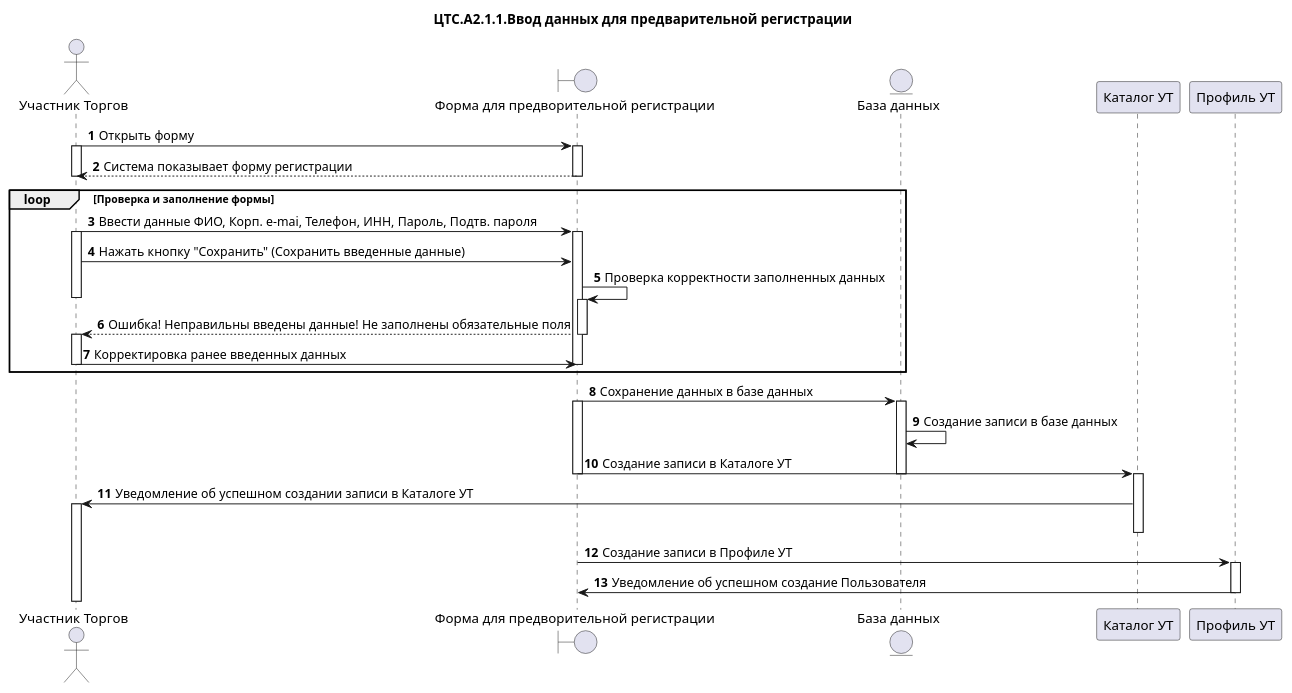
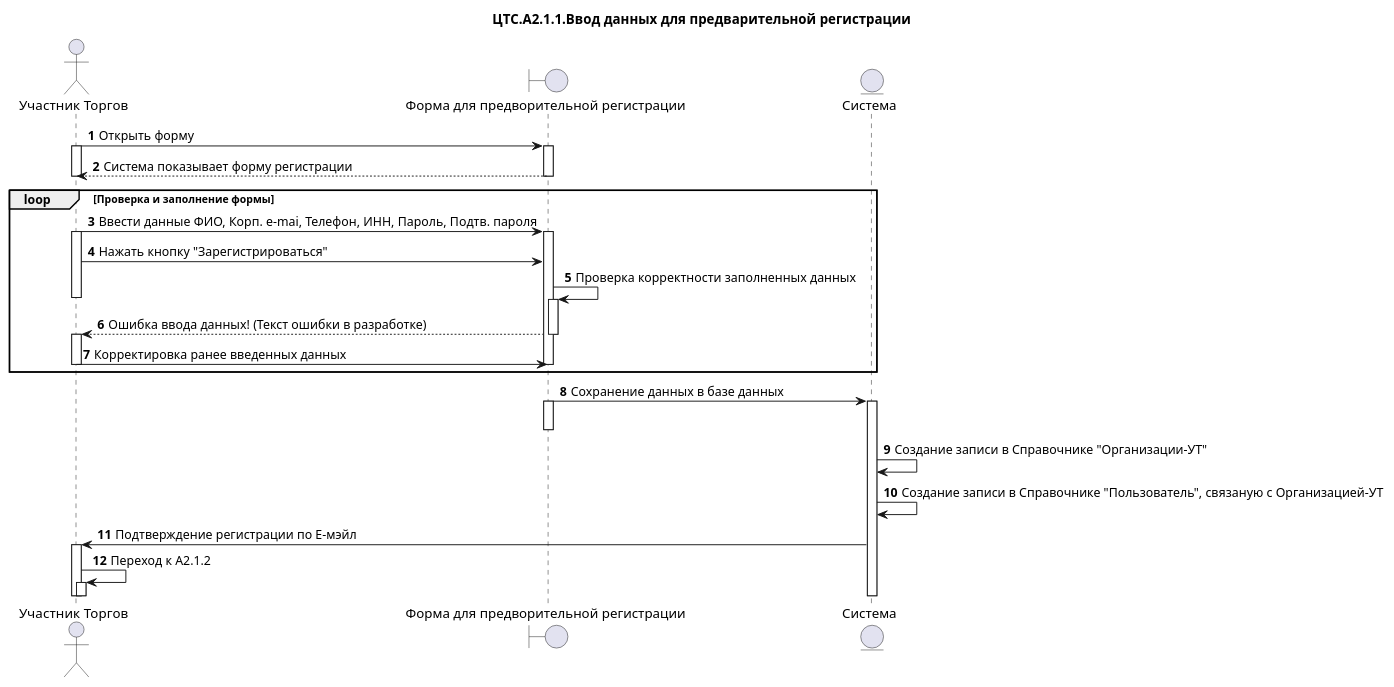
The diagram in Project solutions/ЦТС.А2.1.1.Ввод данных для предварительной регистрации.puml (moaxmoaxpxrf4jag/CTS.Documentation), drawn with PlantUML before and after one commit.

Commit message:
Обновлено ЦТС.А2.1.1.Ввод данных для предварительной регистрации.puml

```diff
--- a/Project solutions/ЦТС.А2.1.1.Ввод данных для предварительной регистрации.puml
+++ b/Project solutions/ЦТС.А2.1.1.Ввод данных для предварительной регистрации.puml
@@ -1,58 +1,52 @@
 @startuml 
 /'Название файла будет: ЦТС.<Номер схемы БП>.<Номер этапа>.<Название этапа в схеме БП>'/
 title "ЦТС.А2.1.1.Ввод данных для предварительной регистрации"
 actor "Участник Торгов" as User
-boundary "Форма для предворительной регистрации" as A
-entity "База данных" as B
-participant  "Каталог УТ" as C
-participant "Профиль УТ" as D
+boundary "Форма для предворительной регистрации" as PreRegistrationForm
+entity "Система" as System
 
 
 autonumber
 
-User -> A: Открыть форму
+User -> PreRegistrationForm: Открыть форму
 activate User
-activate A
-A-->User: Система показывает форму регистрации
+activate PreRegistrationForm
+
+PreRegistrationForm-->User: Система показывает форму регистрации
 deactivate User
-deactivate A
+deactivate PreRegistrationForm
 
 loop Проверка и заполнение формы
-User -> A: Ввести данные ФИО, Корп. e-mai, Телефон, ИНН, Пароль, Подтв. пароля
+User -> PreRegistrationForm: Ввести данные ФИО, Корп. e-mai, Телефон, ИНН, Пароль, Подтв. пароля
 activate User
-activate A
-User -> A: Нажать кнопку "Сохранить" (Сохранить введенные данные)
+activate PreRegistrationForm
 
-A -> A: Проверка корректности заполненных данных 
-activate A
+User -> PreRegistrationForm: Нажать кнопку "Зарегистрироваться"
+
+PreRegistrationForm -> PreRegistrationForm: Проверка корректности заполненных данных 
+activate PreRegistrationForm
 deactivate User
-A --> User: Ошибка! Неправильны введены данные! Не заполнены обязательные поля
-deactivate A
+
+PreRegistrationForm --> User: Ошибка ввода данных! (Текст ошибки в разработке) 
+deactivate PreRegistrationForm
 activate User
-User->A: Корректировка ранее введенных данных
+
+User->PreRegistrationForm: Корректировка ранее введенных данных
 deactivate User
-deactivate A
+deactivate PreRegistrationForm
 end
 
-A -> B: Сохранение данных в базе данных
-activate A
-activate B
+PreRegistrationForm -> System: Сохранение данных в базе данных
+activate PreRegistrationForm
+activate System
+deactivate PreRegistrationForm
 
-B->B:Создание записи в базе данных
+System->System:Создание записи в Справочнике "Организации-УТ"
+System->System:Создание записи в Справочнике "Пользователь", связаную с Организацией-УТ
+System->User: Подтверждение регистрации по Е-мэйл
+activate User
 
-A->C: Создание записи в Каталоге УТ
-deactivate B
-deactivate A
-activate C
-
-C->User: Уведомление об успешном создании записи в Каталоге УТ
+User->User: Переход к А2.1.2
 activate User
-deactivate C
-
-A ->D: Создание записи в Профиле УТ
-activate D
-
-D->A: Уведомление об успешном создание Пользователя
-deactivate D
 
 @enduml
```
